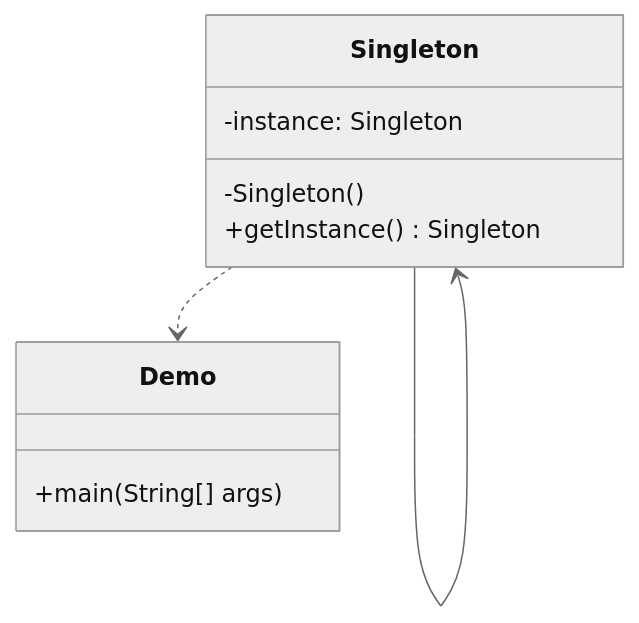
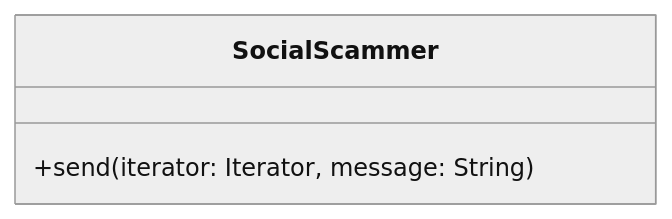
Before and after one commit to malibayram/doktora_yeterlik: the first of 5 diagrams in BLM5111_Nesneye_Dayali_Tasarim_ve_Modelleme/behavioral_patterns.md, drawn with Mermaid (neutral theme). The commit also changed other lines of this file and 3 other files, not shown here.

````diff
--- a/BLM5111_Nesneye_Dayali_Tasarim_ve_Modelleme/behavioral_patterns.md
+++ b/BLM5111_Nesneye_Dayali_Tasarim_ve_Modelleme/behavioral_patterns.md
@@ -315,13 +21,6 @@
 ```mermaid
 classDiagram
-class Singleton {
-    -instance: Singleton
-    -Singleton()
-    +getInstance() Singleton
+class SocialScammer {
+    +send(iterator: Iterator, message: String)
 }
-class Demo {
-    +main(String[] args)
-}
-Singleton --> Singleton
-Singleton ..> Demo
 ```
````
